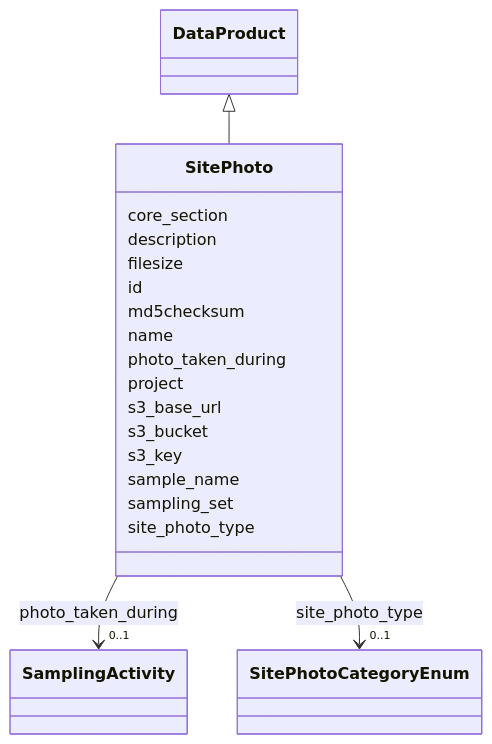
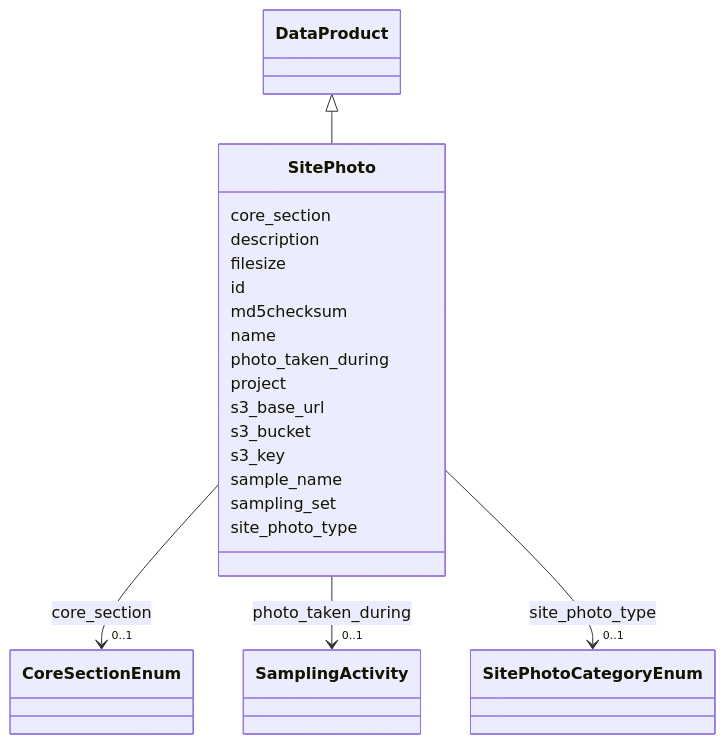
The diagram in docs/elements/SitePhoto.md (EMSL-Computing/BASALT-Schema), drawn with Mermaid before and after one commit. The commit also changed other lines of this file and 388 other files, not shown here.

````diff
--- a/docs/elements/SitePhoto.md
+++ b/docs/elements/SitePhoto.md
@@ -14,62 +14,72 @@
 ```mermaid
  classDiagram
     class SitePhoto
     click SitePhoto href "../SitePhoto"
       DataProduct <|-- SitePhoto
         click DataProduct href "../DataProduct"
       
       SitePhoto : core_section
+        
+          
+    
+    
+    
+    
+    SitePhoto --> "0..1" CoreSectionEnum : core_section
+    click CoreSectionEnum href "../CoreSectionEnum"
+    
+
         
       SitePhoto : description
         
       SitePhoto : filesize
         
       SitePhoto : id
         
           
     
     
 
         
       SitePhoto : md5checksum
         
       SitePhoto : name
         
       SitePhoto : photo_taken_during
         
           
     
     
     
     
     SitePhoto --> "0..1" SamplingActivity : photo_taken_during
     click SamplingActivity href "../SamplingActivity"
     
 
         
       SitePhoto : project
         
       SitePhoto : s3_base_url
         
       SitePhoto : s3_bucket
         
       SitePhoto : s3_key
         
       SitePhoto : sample_name
         
       SitePhoto : sampling_set
         
       SitePhoto : site_photo_type
         
           
     
     
     
     
     SitePhoto --> "0..1" SitePhotoCategoryEnum : site_photo_type
     click SitePhotoCategoryEnum href "../SitePhotoCategoryEnum"
     
 
         
       
 ```
````
